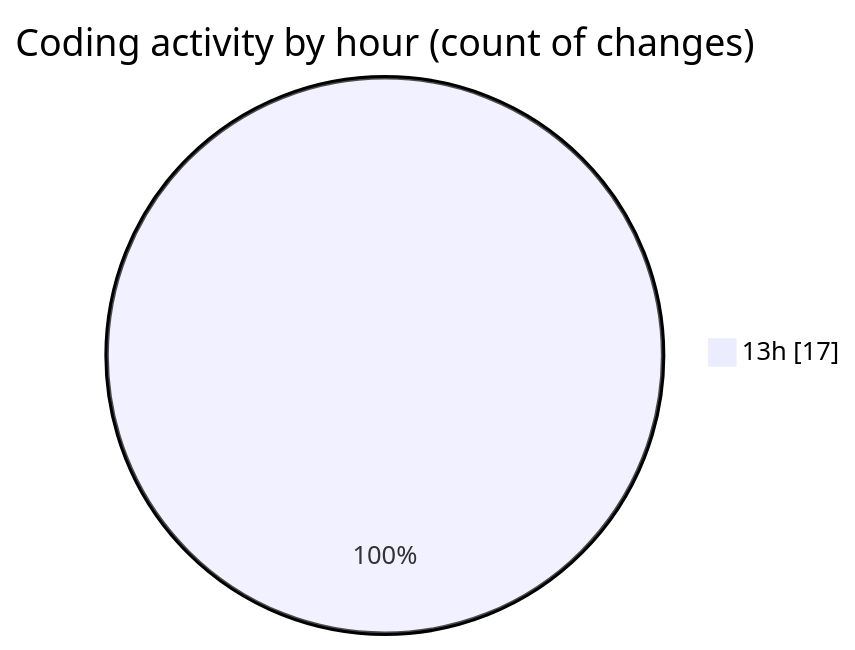
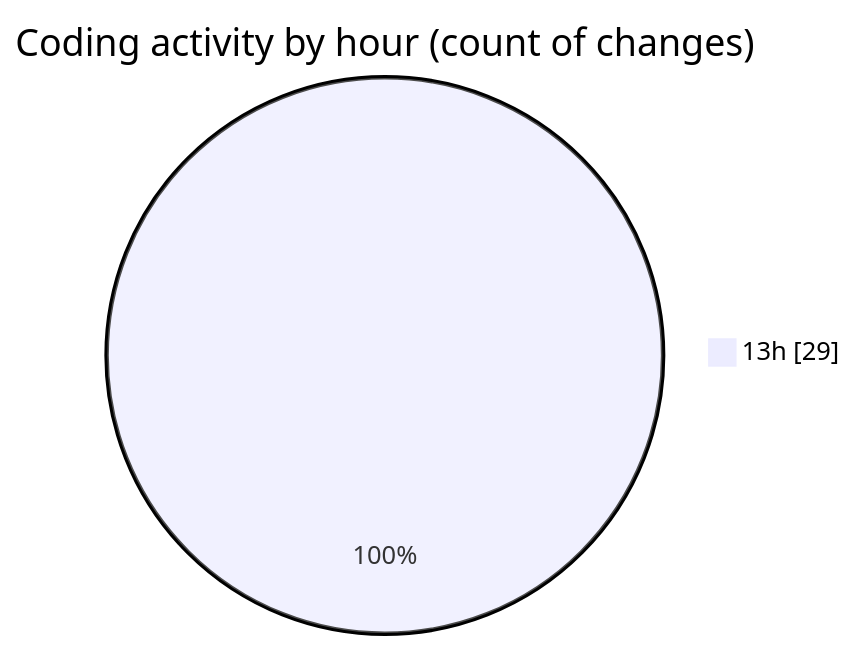
One commit to EIIisD/code-tracking changed the second of 2 diagrams in 2025-07-20/fish/README.md. Above: the diagram before and after it, drawn with Mermaid. The commit also changed other lines of this file and 1 other file, not shown here.

````diff
--- a/2025-07-20/fish/README.md
+++ b/2025-07-20/fish/README.md
@@ -32,5 +36,5 @@
 ```mermaid
 pie showData
 title Coding activity by hour (count of changes)
-"13h" : 17
+"13h" : 29
 ```
````
